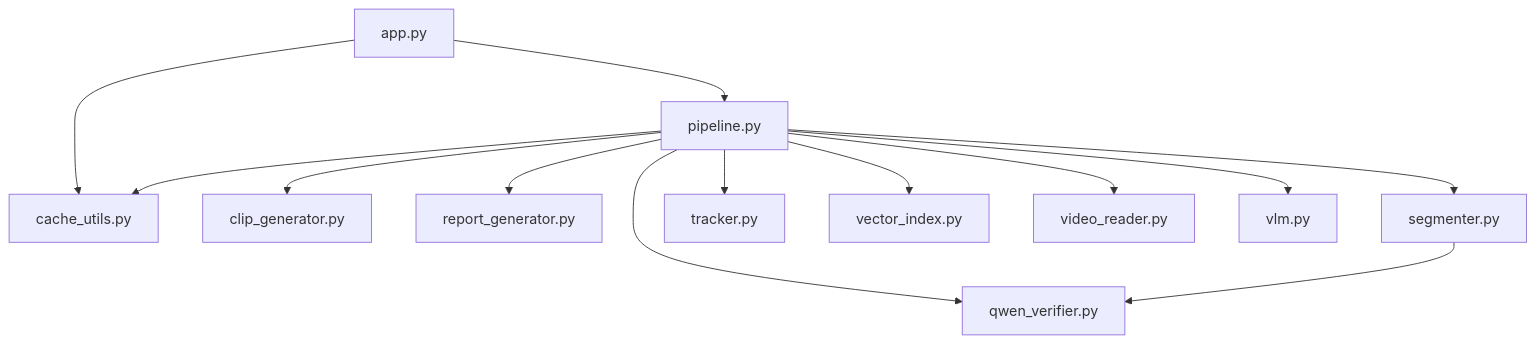
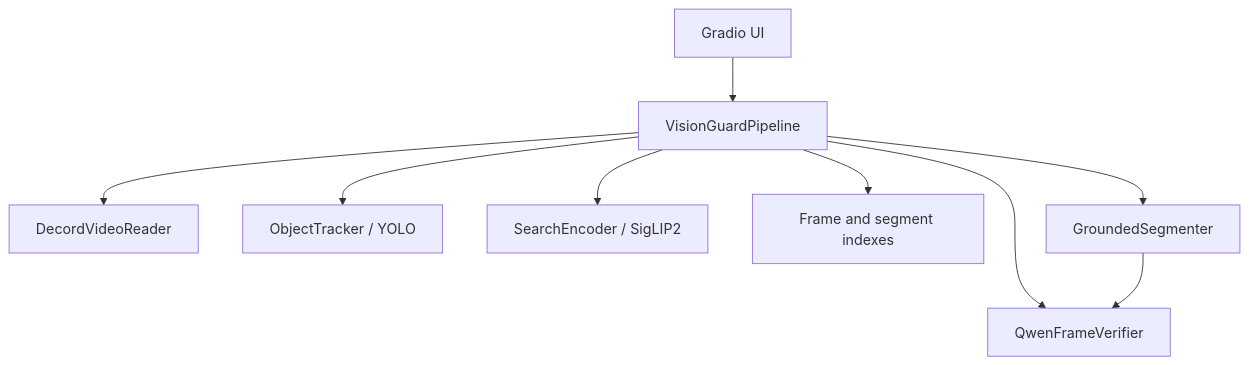
One commit to priyansupattanaik/vg-testing changed the first of 2 diagrams in PROJECT_DOCUMENTATION.md. Above: the diagram before and after it, drawn with Mermaid. The commit also changed other lines of this file and 12 other files, not shown here.

````diff
--- a/PROJECT_DOCUMENTATION.md
+++ b/PROJECT_DOCUMENTATION.md
@@ -100,17 +9,11 @@
 ```mermaid
 flowchart TD
-    APP["app.py"] --> PIPE["pipeline.py"]
-    APP --> CACHE["cache_utils.py"]
-
-    PIPE --> CACHE
-    PIPE --> CLIP["clip_generator.py"]
-    PIPE --> VER["qwen_verifier.py"]
-    PIPE --> REP["report_generator.py"]
-    PIPE --> SEG["segmenter.py"]
-    PIPE --> TRK["tracker.py"]
-    PIPE --> VIDX["vector_index.py"]
-    PIPE --> VR["video_reader.py"]
-    PIPE --> VLM["vlm.py"]
-
-    SEG --> VER
+    UI["Gradio UI"] --> PIPE["VisionGuardPipeline"]
+    PIPE --> VID["DecordVideoReader"]
+    PIPE --> DET["ObjectTracker / YOLO"]
+    PIPE --> ENC["SearchEncoder / SigLIP2"]
+    PIPE --> IDX["Frame and segment indexes"]
+    PIPE --> VER["QwenFrameVerifier"]
+    PIPE --> GND["GroundedSegmenter"]
+    GND --> VER
 ```
````
